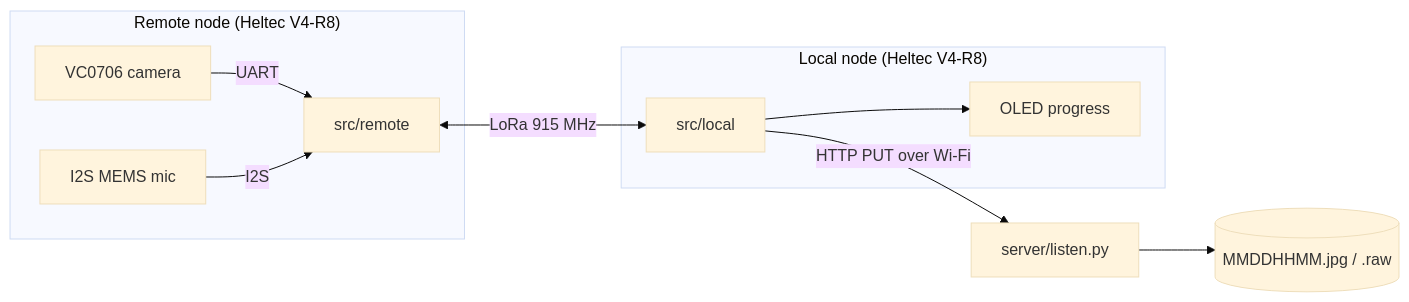
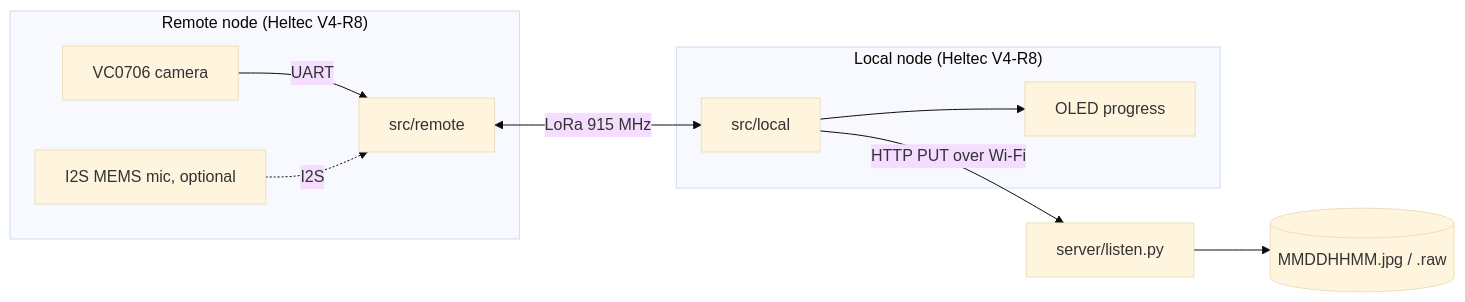
One commit to gfnord/loracamera changed the diagram in docs/README.md. Above: the diagram before and after it, drawn with Mermaid (base theme). The commit also changed other lines of this file and 11 other files, not shown here.

````diff
--- a/docs/README.md
+++ b/docs/README.md
@@ -5,13 +5,13 @@
 ```mermaid
 flowchart LR
     subgraph Field["Remote node (Heltec V4-R8)"]
         CAM[VC0706 camera] -->|UART| R[src/remote]
-        MIC[I2S MEMS mic] -->|I2S| R
+        MIC[I2S MEMS mic, optional] -.->|I2S| R
     end
     subgraph Base["Local node (Heltec V4-R8)"]
         L[src/local] --> OLED[OLED progress]
     end
     R <-->|LoRa 915 MHz| L
     L -->|HTTP PUT over Wi-Fi| S[server/listen.py]
     S --> F[(MMDDHHMM.jpg / .raw)]
 ```
````
